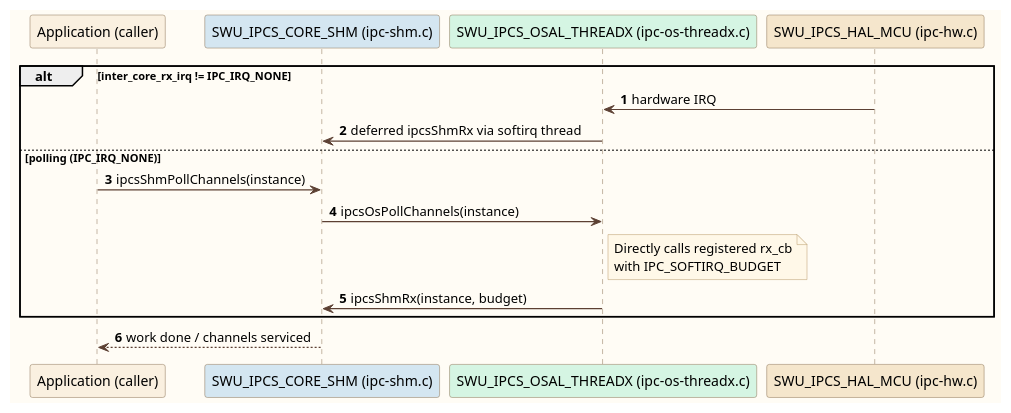
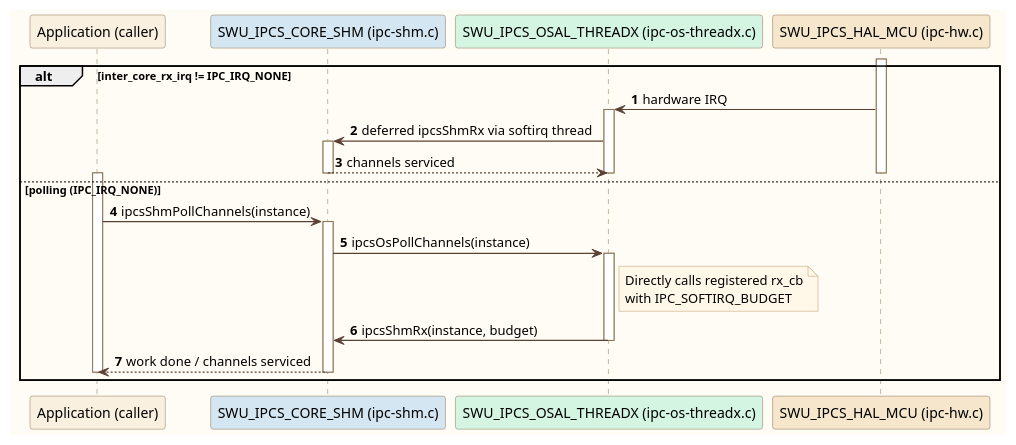
The diagram in c1_sdd_linux-ipcs/cursor_tmp/flow_umls/rtos_seq_irq_poll.puml (Mastang1/sad_sdd_proj), drawn with PlantUML before and after one commit. The commit also changed 208 other files, not shown here.

```diff
--- a/c1_sdd_linux-ipcs/cursor_tmp/flow_umls/rtos_seq_irq_poll.puml
+++ b/c1_sdd_linux-ipcs/cursor_tmp/flow_umls/rtos_seq_irq_poll.puml
@@ -1,37 +1,50 @@
 @startuml
 skinparam backgroundColor #FFFCF5
 skinparam sequenceArrowThickness 1.2
 skinparam sequence {
   ArrowColor #5C4033
   LifeLineBorderColor #8B7355
   ParticipantBorderColor #8B7355
   BoxBorderColor #A08060
 }
 skinparam note {
   BackgroundColor #FFF8E8
   BorderColor #B89968
 }
 skinparam actor {
   BackgroundColor #FAF0E0
   BorderColor #8B7355
 }
 participant "Application (caller)" as APP #FAF0E0
 participant "SWU_IPCS_CORE_SHM (ipc-shm.c)" as CORE #D4E6F1
 participant "SWU_IPCS_OSAL_THREADX (ipc-os-threadx.c)" as OSAL #D5F5E3
 participant "SWU_IPCS_HAL_MCU (ipc-hw.c)" as HAL #F5E6CC
 
 autonumber
 alt inter_core_rx_irq != IPC_IRQ_NONE
+  activate HAL
   HAL -> OSAL : hardware IRQ
+  activate OSAL
   OSAL -> CORE : deferred ipcsShmRx via softirq thread
+  activate CORE
+  CORE --> OSAL : channels serviced
+  deactivate CORE
+  deactivate OSAL
+  deactivate HAL
 else polling (IPC_IRQ_NONE)
+  activate APP
   APP -> CORE : ipcsShmPollChannels(instance)
+  activate CORE
   CORE -> OSAL : ipcsOsPollChannels(instance)
+  activate OSAL
   note right of OSAL
     Directly calls registered rx_cb
     with IPC_SOFTIRQ_BUDGET
   end note
   OSAL -> CORE : ipcsShmRx(instance, budget)
+  deactivate OSAL
+  CORE --> APP : work done / channels serviced
+  deactivate CORE
+  deactivate APP
 end
-CORE --> APP : work done / channels serviced
 @enduml
```
